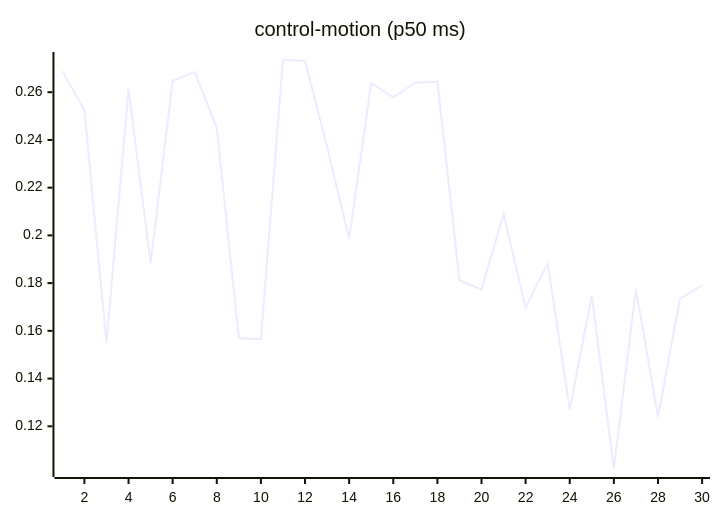
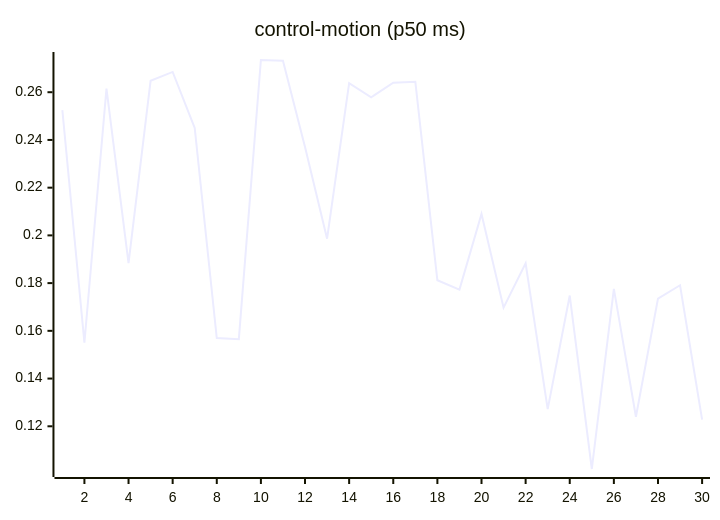
The seventh of 27 diagrams in README.md (josha/Facet), drawn with Mermaid before and after one commit. The commit also changed other lines of this file and 2 other files, not shown here.

````diff
--- a/README.md
+++ b/README.md
@@ -105,6 +105,6 @@
 ```mermaid
 xychart-beta
     title "control-motion (p50 ms)"
     x-axis 1 --> 30
-    line [0.2688, 0.2525, 0.1550, 0.2615, 0.1884, 0.2648, 0.2685, 0.2450, 0.1570, 0.1565, 0.2735, 0.2732, 0.2370, 0.1986, 0.2638, 0.2579, 0.2640, 0.2644, 0.1812, 0.1773, 0.2090, 0.1697, 0.1883, 0.1272, 0.1748, 0.1021, 0.1776, 0.1240, 0.1735, 0.1791]
+    line [0.2525, 0.1550, 0.2615, 0.1884, 0.2648, 0.2685, 0.2450, 0.1570, 0.1565, 0.2735, 0.2732, 0.2370, 0.1986, 0.2638, 0.2579, 0.2640, 0.2644, 0.1812, 0.1773, 0.2090, 0.1697, 0.1883, 0.1272, 0.1748, 0.1021, 0.1776, 0.1240, 0.1735, 0.1791, 0.1228]
 ```
````
